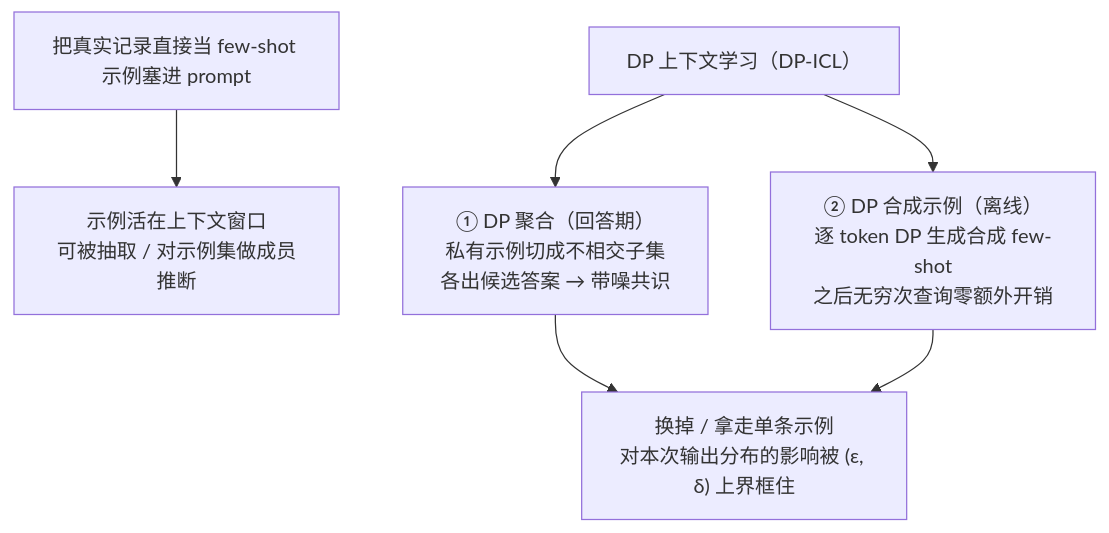
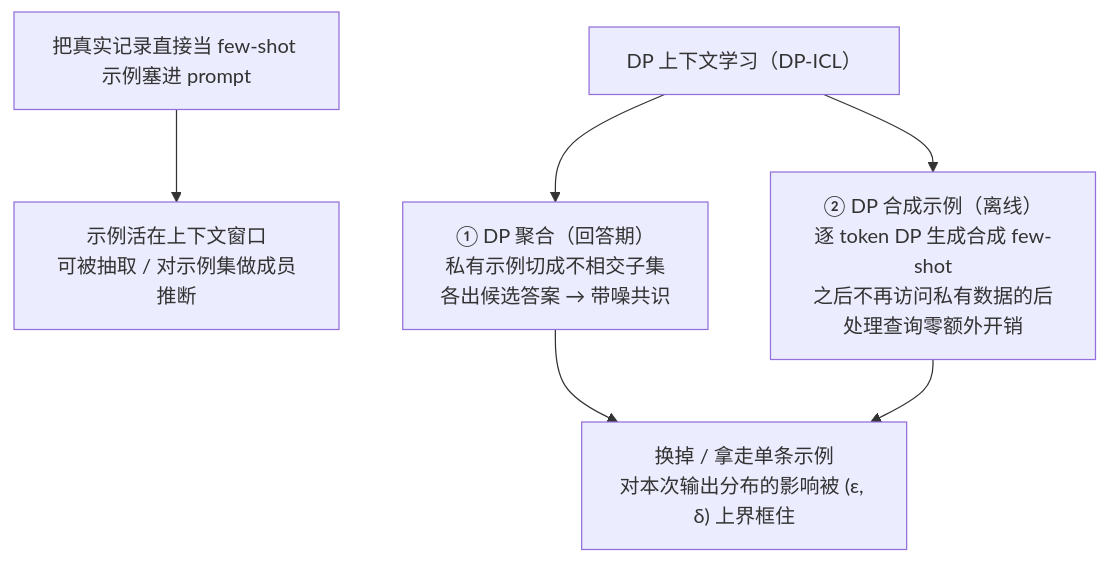
One commit to XuebinMa/AIWiki changed the diagram in privacy/03-conversational-llms/dp-in-context-learning.mdx. Above: the diagram before and after it, drawn with Mermaid. The commit also changed other lines of this file and 325 other files, not shown here.

````diff
--- a/privacy/03-conversational-llms/dp-in-context-learning.mdx
+++ b/privacy/03-conversational-llms/dp-in-context-learning.mdx
@@ -37,8 +41,8 @@
 ```mermaid
 flowchart TB
     RAW["把真实记录直接当 few-shot 示例塞进 prompt"] --> LEAK["示例活在上下文窗口<br/>可被抽取 / 对示例集做成员推断"]
     P["DP 上下文学习（DP-ICL）"] --> AGG["① DP 聚合（回答期）<br/>私有示例切成不相交子集<br/>各出候选答案 → 带噪共识"]
-    P --> SYN["② DP 合成示例（离线）<br/>逐 token DP 生成合成 few-shot<br/>之后无穷次查询零额外开销"]
+    P --> SYN["② DP 合成示例（离线）<br/>逐 token DP 生成合成 few-shot<br/>之后不再访问私有数据的后处理查询零额外开销"]
     AGG --> BOUND["换掉 / 拿走单条示例<br/>对本次输出分布的影响被 (ε, δ) 上界框住"]
     SYN --> BOUND
 ```
````
